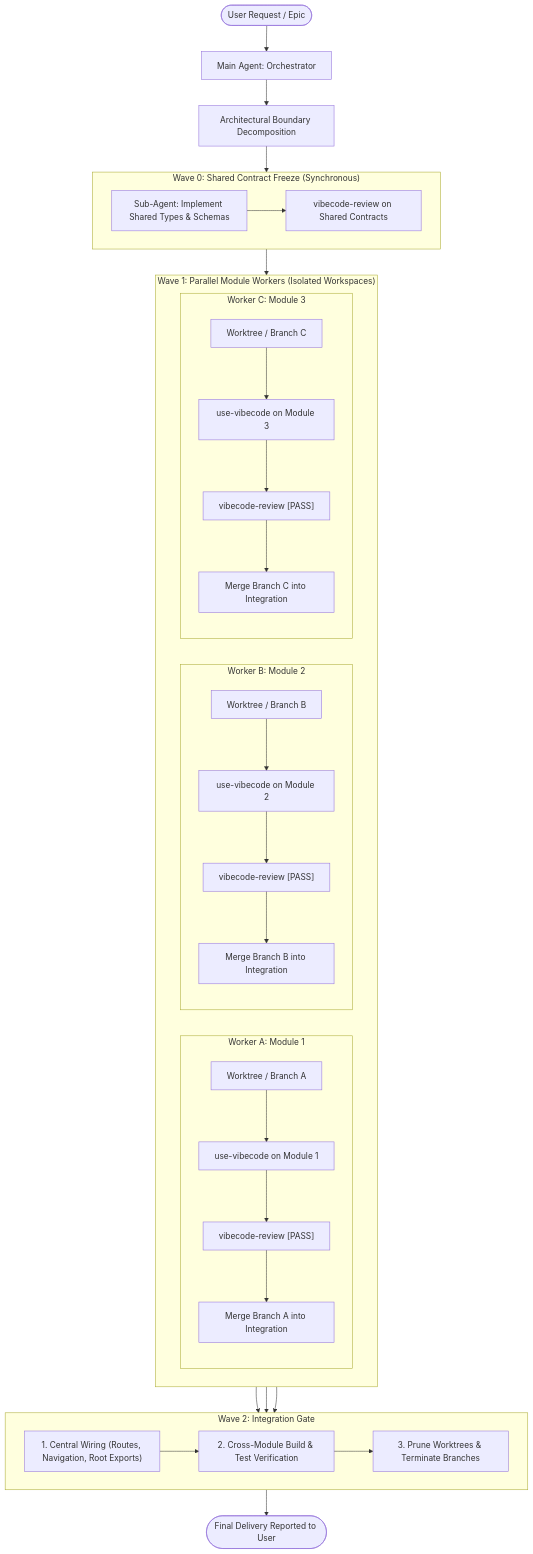
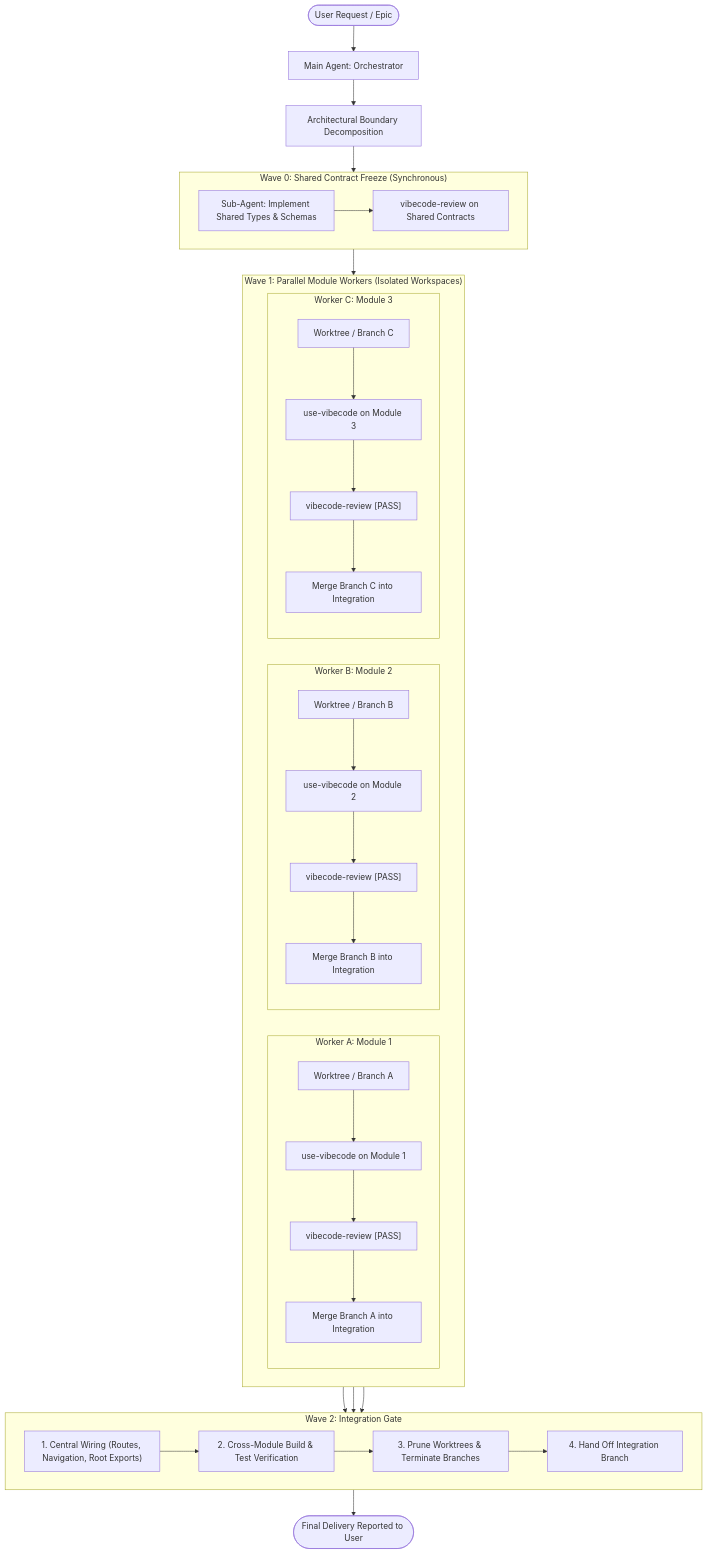
One commit to lysari/vibecode-skills changed the first of 2 diagrams in .agents/skills/vibecode-modules/SKILL.md. Above: the diagram before and after it, drawn with Mermaid. The commit also changed other lines of this file, not shown here.

Commit message:
fix: update version number and enhance integration branch handling in SKILL.md

````diff
--- a/.agents/skills/vibecode-modules/SKILL.md
+++ b/.agents/skills/vibecode-modules/SKILL.md
@@ -23,52 +23,53 @@
 ```mermaid
 flowchart TD
     User([User Request / Epic]) --> Main[Main Agent: Orchestrator]
     Main --> Decomp[Architectural Boundary Decomposition]
 
     subgraph Wave0 ["Wave 0: Shared Contract Freeze (Synchronous)"]
         W0_Worker["Sub-Agent: Implement Shared Types & Schemas"]
         W0_Review["vibecode-review on Shared Contracts"]
         W0_Worker --> W0_Review
     end
 
     subgraph Wave1 ["Wave 1: Parallel Module Workers (Isolated Workspaces)"]
         direction LR
         subgraph WorkerA ["Worker A: Module 1"]
             WA_Worktree["Worktree / Branch A"]
             WA_Impl["use-vibecode on Module 1"]
             WA_Audit["vibecode-review [PASS]"]
             WA_Merge["Merge Branch A into Integration"]
             WA_Worktree --> WA_Impl --> WA_Audit --> WA_Merge
         end
 
         subgraph WorkerB ["Worker B: Module 2"]
             WB_Worktree["Worktree / Branch B"]
             WB_Impl["use-vibecode on Module 2"]
             WB_Audit["vibecode-review [PASS]"]
             WB_Merge["Merge Branch B into Integration"]
             WB_Worktree --> WB_Impl --> WB_Audit --> WB_Merge
         end
 
         subgraph WorkerC ["Worker C: Module 3"]
             WC_Worktree["Worktree / Branch C"]
             WC_Impl["use-vibecode on Module 3"]
             WC_Audit["vibecode-review [PASS]"]
             WC_Merge["Merge Branch C into Integration"]
             WC_Worktree --> WC_Impl --> WC_Audit --> WC_Merge
         end
     end
 
     subgraph Wave2 ["Wave 2: Integration Gate"]
         Wire["1. Central Wiring (Routes, Navigation, Root Exports)"]
         Build["2. Cross-Module Build & Test Verification"]
         Cleanup["3. Prune Worktrees & Terminate Branches"]
-        Wire --> Build --> Cleanup
+        Handoff["4. Hand Off Integration Branch"]
+        Wire --> Build --> Cleanup --> Handoff
     end
 
     Decomp --> Wave0
     Wave0 --> Wave1
     WorkerA --> Wave2
     WorkerB --> Wave2
     WorkerC --> Wave2
     Wave2 --> Done([Final Delivery Reported to User])
 ```
````
